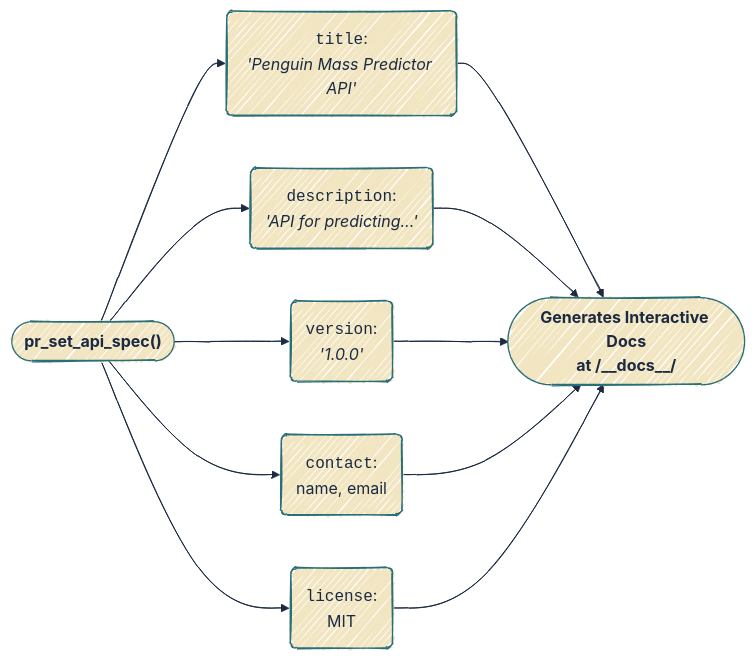
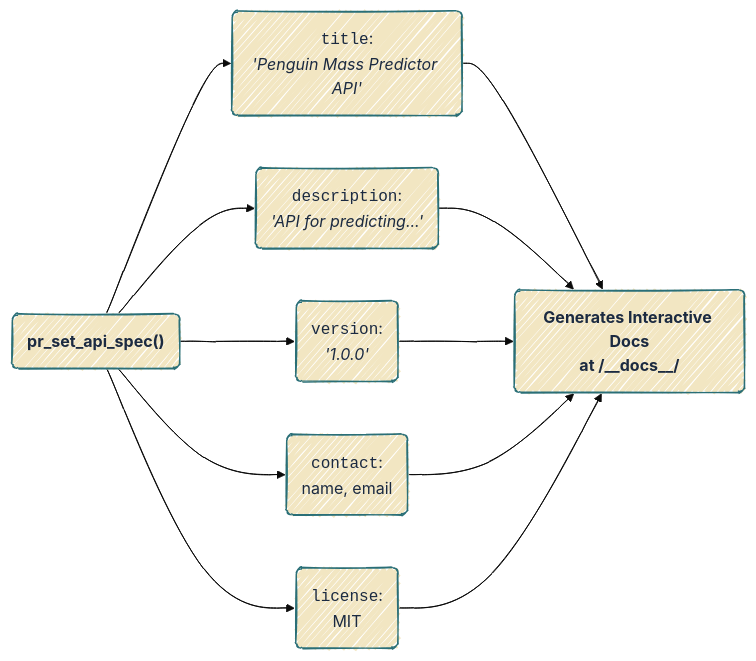
The sixth of 7 diagrams in plumber.qmd (mjfrigaard/do4ds-labs), drawn with Mermaid before and after one commit. The commit also changed other lines of this file and 37 other files, not shown here.

Commit message:
updates to mermaid

````diff
--- a/plumber.qmd
+++ b/plumber.qmd
@@ -1239,19 +1250,20 @@
 ```{mermaid}
 %%| fig-width: 7.0
 %%| fig-align: center
-%%{init: {'theme': 'base', 'look': 'handDrawn', 'themeVariables': { 'fontFamily': 'monospace', 'primaryColor': '#F2E6C2', 'primaryBorderColor': '#2A6F77', 'primaryTextColor': '#1B2A41', 'secondaryColor': '#d4e7e4', 'tertiaryColor': '#f5f0e4', 'lineColor': '#1B2A41', 'edgeLabelBackground': '#F2E6C2'}}}%%
+%%{init: {'theme': 'base', 'look': 'handDrawn', 'themeVariables': {'fontFamily': 'monospace'}}}%%
 
 graph LR
     
-    Function(["<strong>pr_set_api_spec()</strong>"])
+    Function("<strong>pr_set_api_spec()</strong>")
     
-    Function --> Title("<code>title</code>:<br/><em>'Penguin Mass Predictor API'</em>")
-    Function --> Desc("<code>description</code>:<br/><em>'API for predicting...'</em>")
-    Function --> Version("<code>version</code>:<br/><em>'1.0.0'</em>")
-    Function --> Contact("<code>contact</code>:<br/>name, email")
-    Function --> License("<code>license</code>:<br/>MIT")
+    Function --> Title("<code>title</code>:<br><em>'Penguin Mass Predictor API'</em>")
+    Function --> Desc("<code>description</code>:<br><em>'API for predicting...'</em>")
+    Function --> Version("<code>version</code>:<br><em>'1.0.0'</em>")
+    Function --> Contact("<code>contact</code>:<br>name, email")
+    Function --> License("<code>license</code>:<br>MIT")
     
-    Title & Desc & Version & Contact & License --> Swagger(["<strong>Generates Interactive Docs<br/>at /__docs__/</strong>"])
+    Title & Desc & Version & Contact & License --> Swagger("<strong>Generates Interactive Docs<br>at /__docs__/</strong>")
+    classDef default fill:#F2E6C2,stroke:#2A6F77,color:#1B2A41
     
     
 ```
````
